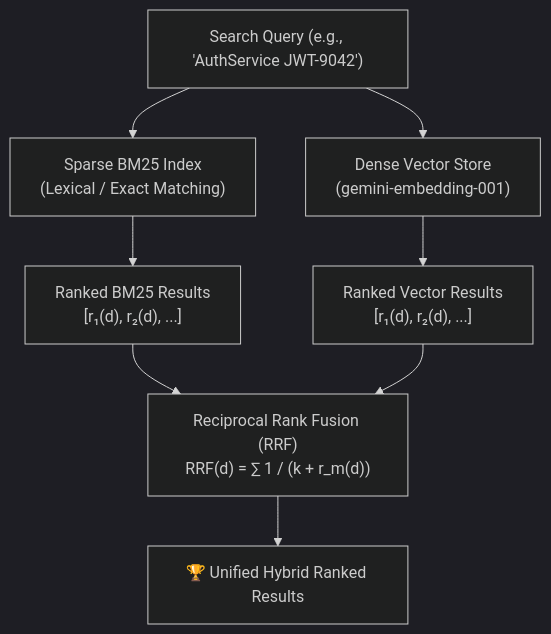
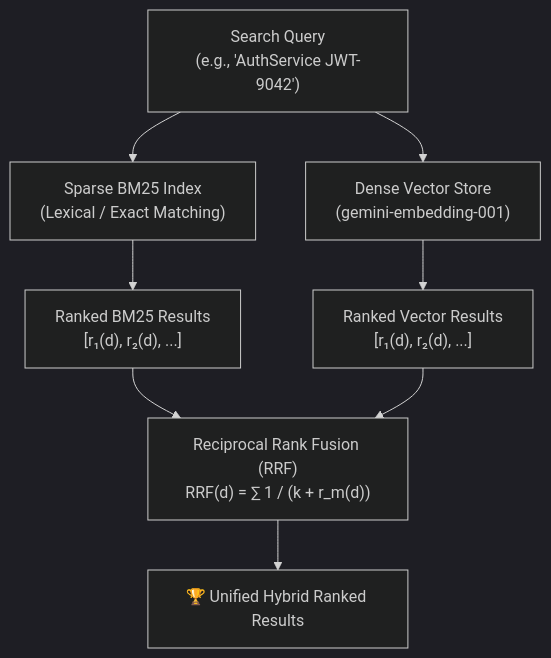
Before and after one commit to eduveliz/production-rag-architectures: the diagram in 04-hybrid-search/README.md, drawn with Mermaid (dark theme). The commit also changed 3 other files, not shown here.

Commit message:
fix(docs): format mermaid subgraphs and labels for GitHub renderer compatibility

````diff
--- a/04-hybrid-search/README.md
+++ b/04-hybrid-search/README.md
@@ -21,13 +21,13 @@
 ```mermaid
 flowchart TD
-    UserQuery["Search Query (e.g., 'AuthService JWT-9042')"] --> BM25["Sparse BM25 Index\n(Lexical / Exact Matching)"]
-    UserQuery --> DenseEmbeddings["Dense Vector Store\n(gemini-embedding-001)"]
+    UserQuery["Search Query<br/>(e.g., 'AuthService JWT-9042')"] --> BM25["Sparse BM25 Index<br/>(Lexical / Exact Matching)"]
+    UserQuery --> DenseEmbeddings["Dense Vector Store<br/>(gemini-embedding-001)"]
     
-    BM25 --> BM25Rank["Ranked BM25 Results\n[r₁(d), r₂(d), ...]"]
-    DenseEmbeddings --> VectorRank["Ranked Vector Results\n[r₁(d), r₂(d), ...]"]
+    BM25 --> BM25Rank["Ranked BM25 Results<br/>[r₁(d), r₂(d), ...]"]
+    DenseEmbeddings --> VectorRank["Ranked Vector Results<br/>[r₁(d), r₂(d), ...]"]
     
-    BM25Rank --> RRF["Reciprocal Rank Fusion (RRF)\nRRF(d) = ∑ 1 / (k + r_m(d))"]
+    BM25Rank --> RRF["Reciprocal Rank Fusion (RRF)<br/>RRF(d) = ∑ 1 / (k + r_m(d))"]
     VectorRank --> RRF
     
     RRF --> UnifiedRank["🏆 Unified Hybrid Ranked Results"]
 ```
````
